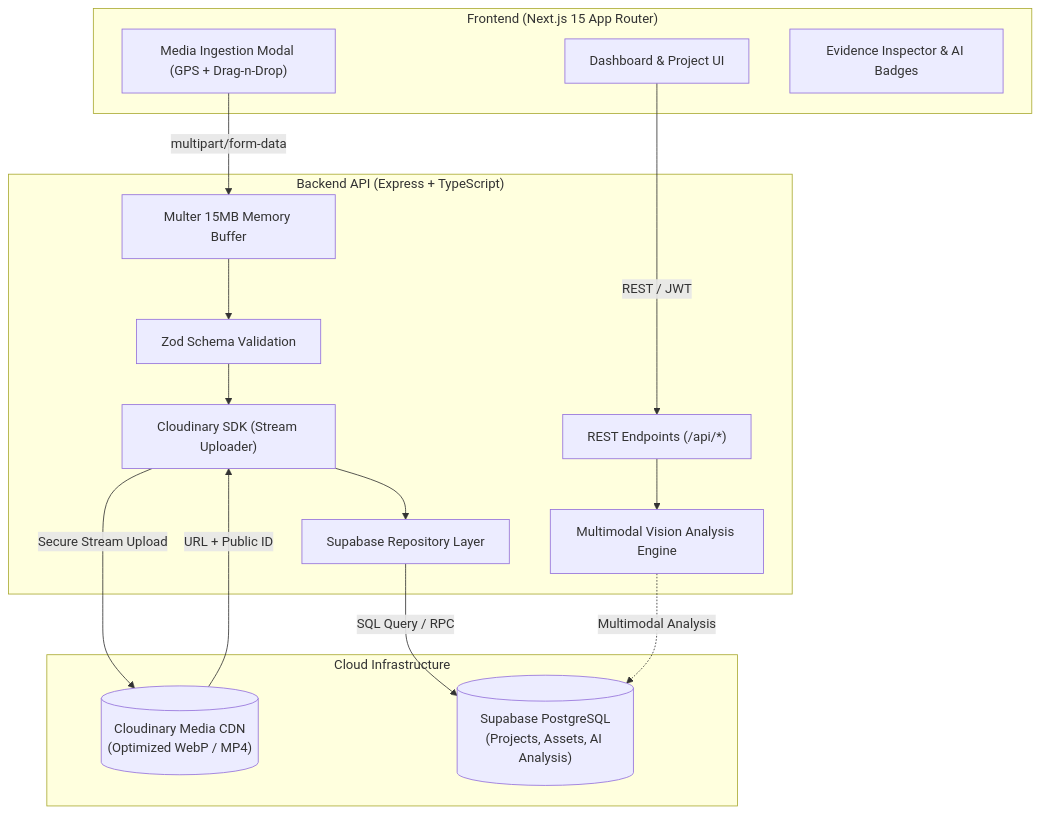
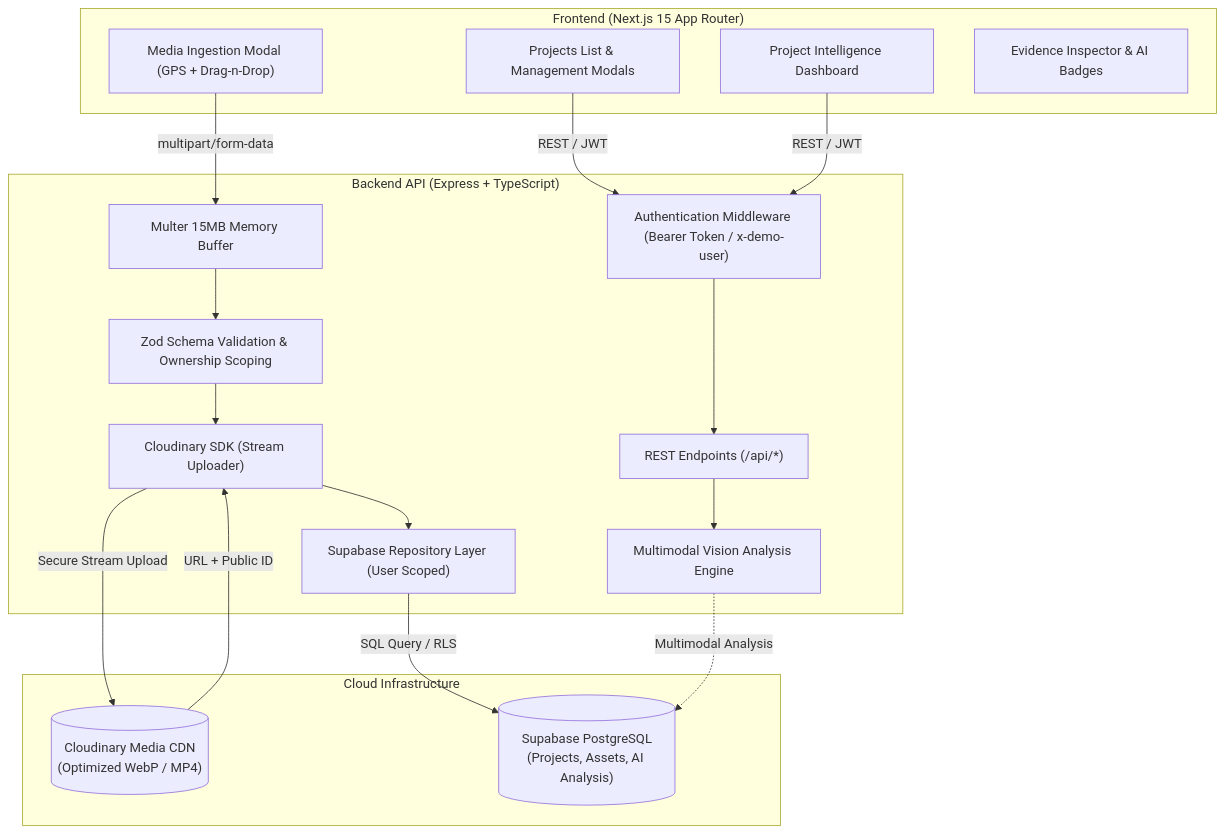
One commit to Sarthak-Pandey/Vision changed the diagram in README.md. Above: the diagram before and after it, drawn with Mermaid. The commit also changed other lines of this file, not shown here.

Commit message:
docs: update README with Phase 3 deliverables, architecture, and API documentation

````diff
--- a/README.md
+++ b/README.md
@@ -18,33 +18,37 @@
 ```mermaid
 graph TD
     subgraph Client ["Frontend (Next.js 15 App Router)"]
-        UI["Dashboard & Project UI"]
+        ProjectsUI["Projects List & Management Modals"]
+        DashboardUI["Project Intelligence Dashboard"]
         UploadModal["Media Ingestion Modal (GPS + Drag-n-Drop)"]
         Inspector["Evidence Inspector & AI Badges"]
     end
 
     subgraph Backend ["Backend API (Express + TypeScript)"]
+        AuthMiddleware["Authentication Middleware (Bearer Token / x-demo-user)"]
         API["REST Endpoints (/api/*)"]
-        ZodValidator["Zod Schema Validation"]
+        ZodValidator["Zod Schema Validation & Ownership Scoping"]
         UploadStream["Multer 15MB Memory Buffer"]
         CloudinaryService["Cloudinary SDK (Stream Uploader)"]
-        DBRepo["Supabase Repository Layer"]
+        DBRepo["Supabase Repository Layer (User Scoped)"]
         VisionEngine["Multimodal Vision Analysis Engine"]
     end
 
     subgraph Storage ["Cloud Infrastructure"]
         Cloudinary[("Cloudinary Media CDN\n(Optimized WebP / MP4)")]
         Supabase[("Supabase PostgreSQL\n(Projects, Assets, AI Analysis)")]
     end
 
-    UI -->|REST / JWT| API
+    ProjectsUI -->|REST / JWT| AuthMiddleware
+    DashboardUI -->|REST / JWT| AuthMiddleware
+    AuthMiddleware --> API
     UploadModal -->|multipart/form-data| UploadStream
     UploadStream --> ZodValidator
     ZodValidator --> CloudinaryService
     CloudinaryService -->|Secure Stream Upload| Cloudinary
     Cloudinary -->|URL + Public ID| CloudinaryService
     CloudinaryService --> DBRepo
-    DBRepo -->|SQL Query / RPC| Supabase
+    DBRepo -->|SQL Query / RLS| Supabase
     API --> VisionEngine
     VisionEngine -.->|Multimodal Analysis| Supabase
 ```
````
